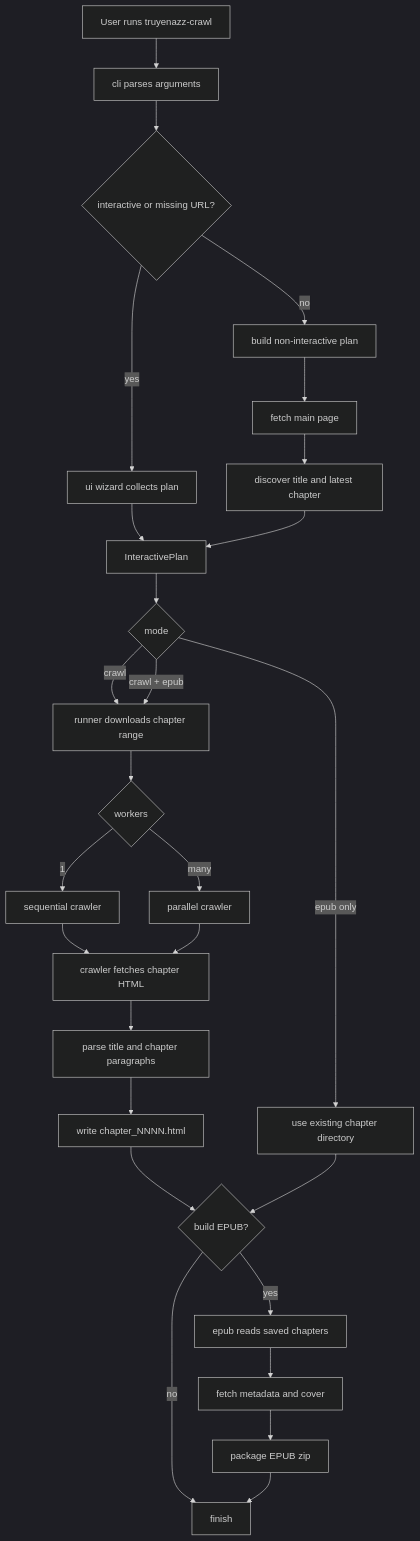
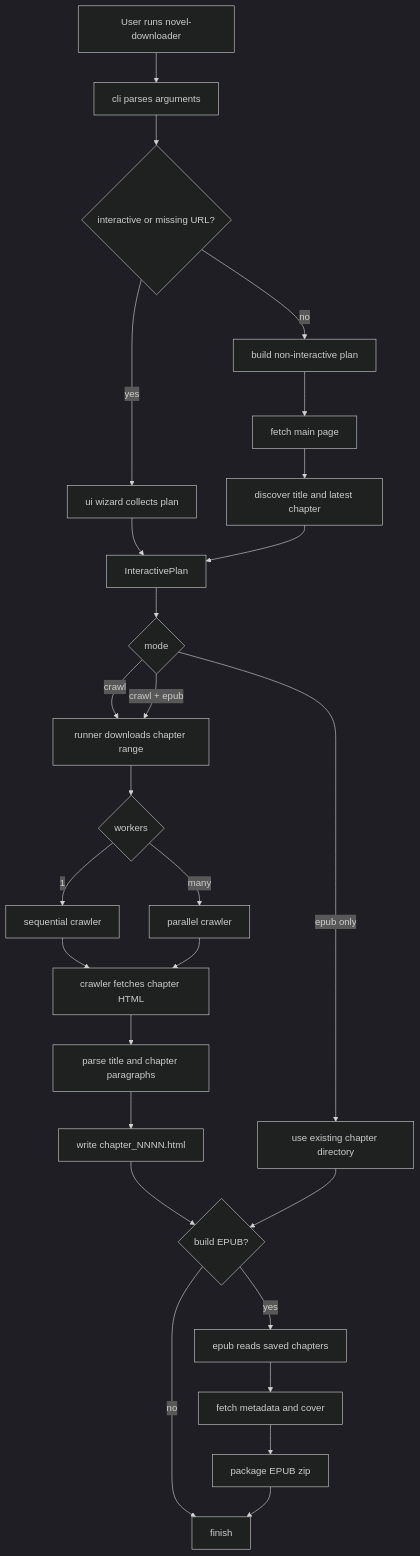
Before and after one commit to kurokeita/novel-downloader: the diagram in README.md, drawn with Mermaid (dark theme). The commit also changed other lines of this file and 21 other files, not shown here.

First line of the commit message:
refactor: rename truyenazz-crawler to novel-downloader (#10)

````diff
--- a/README.md
+++ b/README.md
@@ -117,29 +117,29 @@
 ```mermaid
 flowchart TD
-    A["User runs truyenazz-crawl"] --> B["cli parses arguments"]
+    A["User runs novel-downloader"] --> B["cli parses arguments"]
     B --> C{"interactive or missing URL?"}
     C -->|yes| D["ui wizard collects plan"]
     C -->|no| E["build non-interactive plan"]
     E --> F["fetch main page"]
     F --> G["discover title and latest chapter"]
     D --> H["InteractivePlan"]
     G --> H
     H --> I{"mode"}
     I -->|crawl| J["runner downloads chapter range"]
     I -->|crawl + epub| J
     I -->|epub only| N["use existing chapter directory"]
     J --> K{"workers"}
     K -->|1| L["sequential crawler"]
     K -->|many| M["parallel crawler"]
     L --> O["crawler fetches chapter HTML"]
     M --> O
     O --> P["parse title and chapter paragraphs"]
     P --> Q["write chapter_NNNN.html"]
     Q --> R{"build EPUB?"}
     N --> R
     R -->|no| S["finish"]
     R -->|yes| T["epub reads saved chapters"]
     T --> U["fetch metadata and cover"]
     U --> V["package EPUB zip"]
     V --> S
 ```
````
